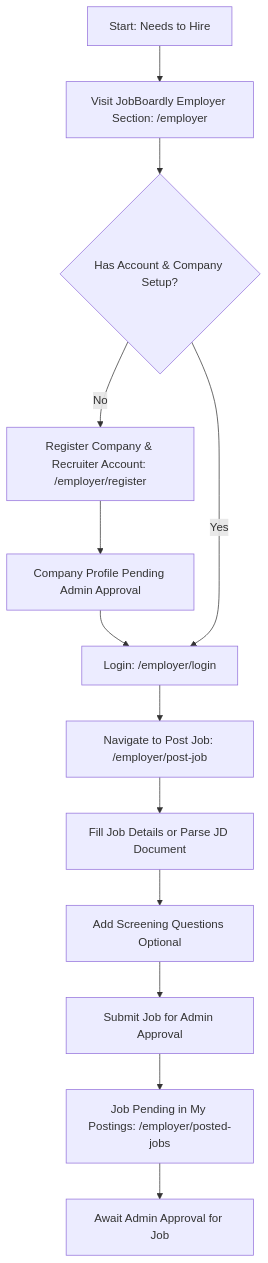
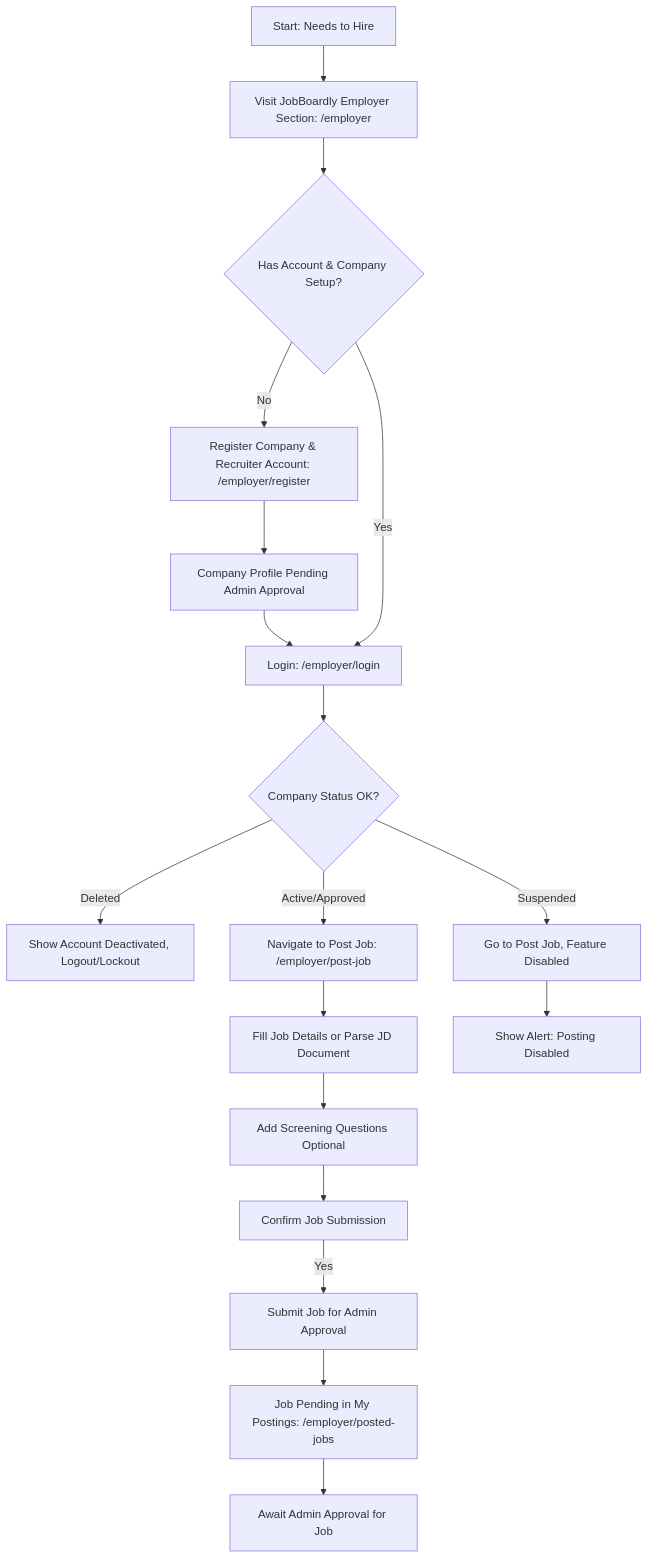
The first of 2 diagrams in docs/employer-features.md (KishoreKammela/JobBoardly), drawn with Mermaid before and after one commit. The commit also changed other lines of this file and 3 other files, not shown here.

````diff
--- a/docs/employer-features.md
+++ b/docs/employer-features.md
@@ -91,15 +100,21 @@
 ```mermaid
 graph TD
     A[Start: Needs to Hire] --> B[Visit JobBoardly Employer Section: /employer]
     B --> C{Has Account & Company Setup?}
     C -- No --> D[Register Company & Recruiter Account: /employer/register]
     D --> E[Company Profile Pending Admin Approval]
     E --> F[Login: /employer/login]
+    F --> F_check_status{Company Status OK?}
+    F_check_status -- Deleted --> F_deleted[Show Account Deactivated, Logout/Lockout]
+    F_check_status -- Suspended --> G_suspended[Go to Post Job, Feature Disabled]
     C -- Yes --> F
-    F --> G[Navigate to Post Job: /employer/post-job]
+    F_check_status -- Active/Approved --> G[Navigate to Post Job: /employer/post-job]
     G --> H[Fill Job Details or Parse JD Document]
     H --> I[Add Screening Questions Optional]
-    I --> J[Submit Job for Admin Approval]
+    I --> J_confirm[Confirm Job Submission]
+    J_confirm -- Yes --> J[Submit Job for Admin Approval]
     J --> K[Job Pending in My Postings: /employer/posted-jobs]
     K --> L[Await Admin Approval for Job]
+
+    G_suspended --> M[Show Alert: Posting Disabled]
 ```
````
